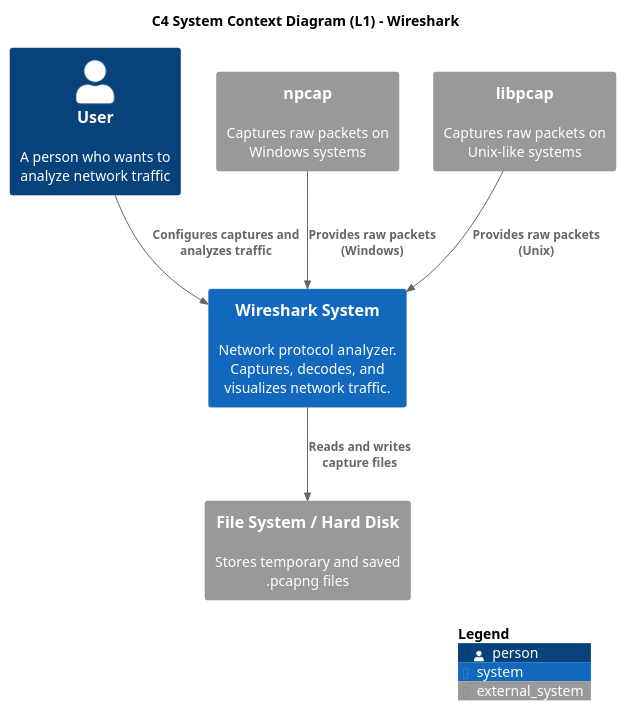
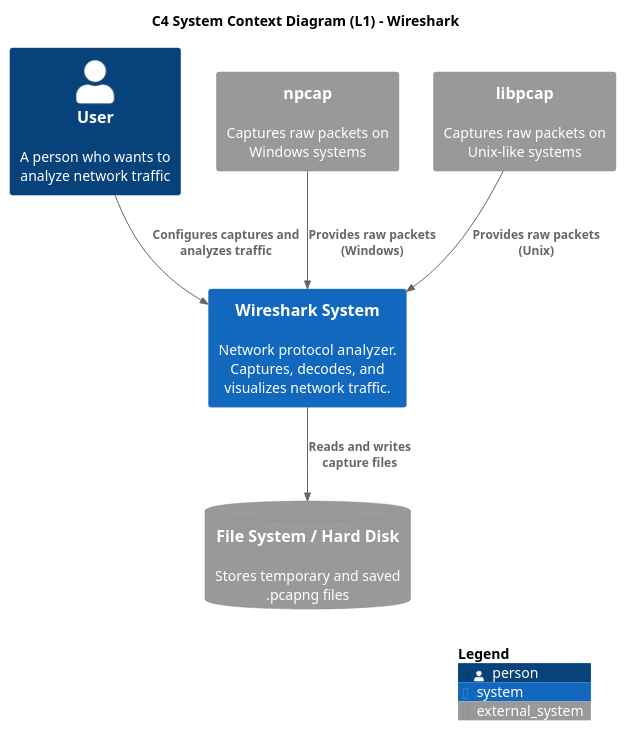
Before and after one commit to SDA-Team05/project-team05: the diagram in reports/architecture-diagrams/sketches/context_sketch.puml, drawn with PlantUML. The commit also changed 2 other files, not shown here.

Commit message:
updated Component diagram draft

```diff
--- a/reports/architecture-diagrams/sketches/context_sketch.puml
+++ b/reports/architecture-diagrams/sketches/context_sketch.puml
@@ -1,25 +1,25 @@
 @startuml C4_Elements
 !include https://raw.githubusercontent.com/plantuml-stdlib/C4-PlantUML/master/C4_Context.puml
 
 title C4 System Context Diagram (L1) - Wireshark
 
 Person(wiresharkUser, "User", "A person who wants to analyze network traffic")
 
 ' Sistema principale
 System(wireshark, "Wireshark System", "Network protocol analyzer. Captures, decodes, and visualizes network traffic.")
 
 ' Sistemi Esterni
 System_Ext(npcap, "npcap", "Captures raw packets on Windows systems")
 System_Ext(libpcap, "libpcap", "Captures raw packets on Unix-like systems")
-System_Ext(filesystem, "File System / Hard Disk", "Stores temporary and saved .pcapng files")
+SystemDb_Ext(filesystem, "File System / Hard Disk", "Stores temporary and saved .pcapng files")
 
 ' Relazioni
 Rel(wiresharkUser, wireshark, "Configures captures and analyzes traffic")
 Rel(npcap, wireshark, "Provides raw packets (Windows)")
 Rel(libpcap, wireshark, "Provides raw packets (Unix)")
 Rel(wireshark, filesystem, "Reads and writes capture files")
 
 ' Legenda automatica di C4
 SHOW_LEGEND()
 
 @enduml
```
